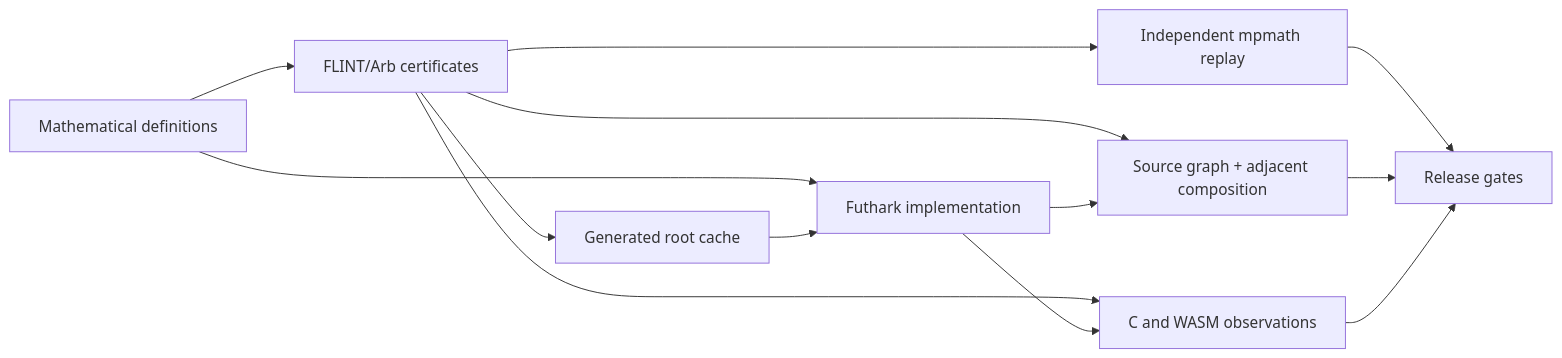
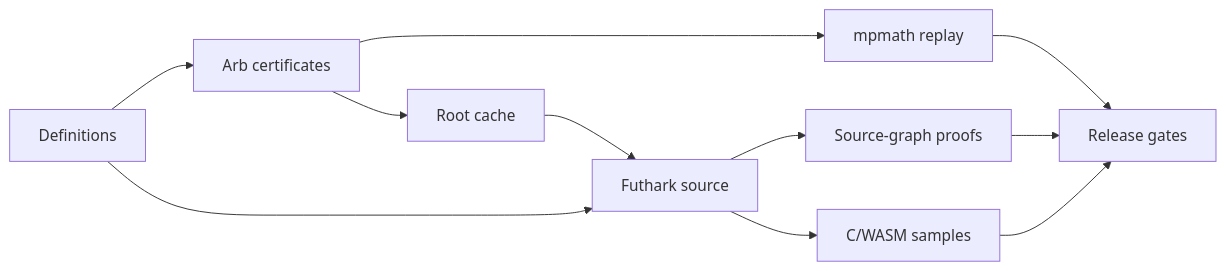
Before and after one commit to Jesssullivan/futhark-bessel: the diagram in README.md, drawn with Mermaid. The commit also changed other lines of this file, not shown here.

````diff
--- a/README.md
+++ b/README.md
@@ -26,15 +26,13 @@
 ```mermaid
-graph LR
-    M["Mathematical definitions"] --> F["Futhark implementation"]
-    M --> A["FLINT/Arb certificates"]
-    A --> P["Independent mpmath replay"]
-    A --> C["Generated root cache"]
-    A --> S["Source graph + adjacent composition"]
-    A --> B["C and WASM observations"]
+flowchart LR
+    D["Definitions"] --> A["Arb certificates"]
+    A --> P["mpmath replay"]
+    A --> C["Root cache"]
+    D --> F["Futhark source"]
     C --> F
-    F --> S
-    F --> B
+    F --> S["Source-graph proofs"]
+    F --> O["C/WASM samples"]
     P --> G["Release gates"]
     S --> G
-    B --> G
+    O --> G
 ```
````
